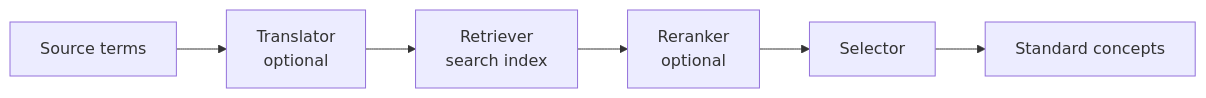
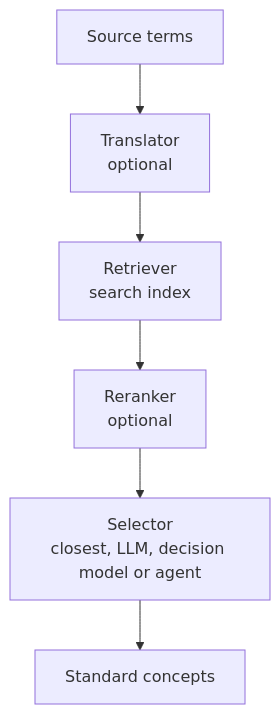
One commit to precisiondata/aatm changed the diagram in docs/getting-started/quick_start_python_api.md. Above: the diagram before and after it, drawn with Mermaid. The commit also changed 5 other files, not shown here.

First line of the commit message:
docs: lay the Mermaid diagrams out top to bottom

````diff
--- a/docs/getting-started/quick_start_python_api.md
+++ b/docs/getting-started/quick_start_python_api.md
@@ -13,8 +13,8 @@
 ```mermaid
-flowchart LR
+flowchart TB
     A[Source terms] --> B[Translator<br/>optional]
     B --> C[Retriever<br/>search index]
     C --> D[Reranker<br/>optional]
-    D --> E[Selector]
+    D --> E[Selector<br/>closest, LLM, decision model or agent]
     E --> F[Standard concepts]
 ```
````
